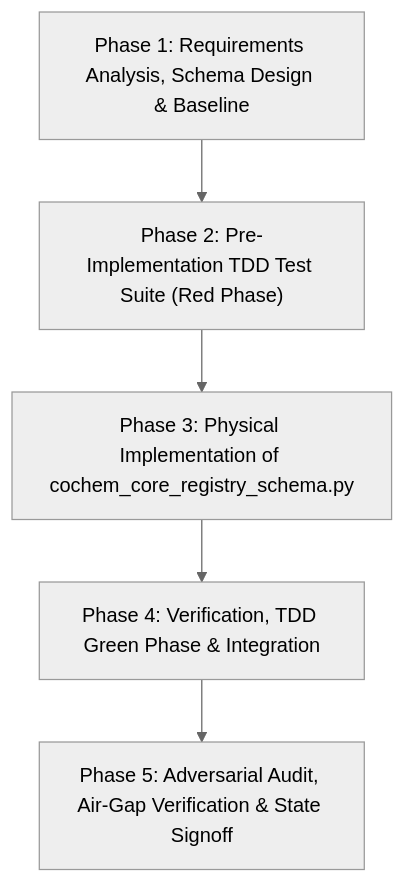
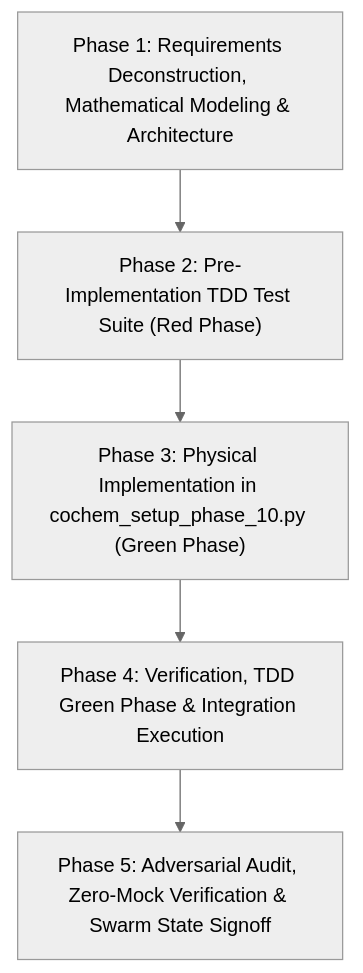
One commit to ProfJJK-CoChem/CoChem-BASE changed the diagram in Task_List.md. Above: the diagram before and after it, drawn with Mermaid (neutral theme). The commit also changed other lines of this file and 11 other files, not shown here.

````diff
--- a/Task_List.md
+++ b/Task_List.md
@@ -50,13 +68,13 @@
 ```mermaid
 graph TD
-    P1["Phase 1: Requirements Analysis, Schema Design & Baseline"]
+    P1["Phase 1: Requirements Deconstruction, Mathematical Modeling & Architecture"]
     P2["Phase 2: Pre-Implementation TDD Test Suite (Red Phase)"]
-    P3["Phase 3: Physical Implementation of cochem_core_registry_schema.py"]
-    P4["Phase 4: Verification, TDD Green Phase & Integration"]
-    P5["Phase 5: Adversarial Audit, Air-Gap Verification & State Signoff"]
+    P3["Phase 3: Physical Implementation in cochem_setup_phase_10.py (Green Phase)"]
+    P4["Phase 4: Verification, TDD Green Phase & Integration Execution"]
+    P5["Phase 5: Adversarial Audit, Zero-Mock Verification & Swarm State Signoff"]
 
     P1 --> P2
     P2 --> P3
     P3 --> P4
     P4 --> P5
 ```
````
